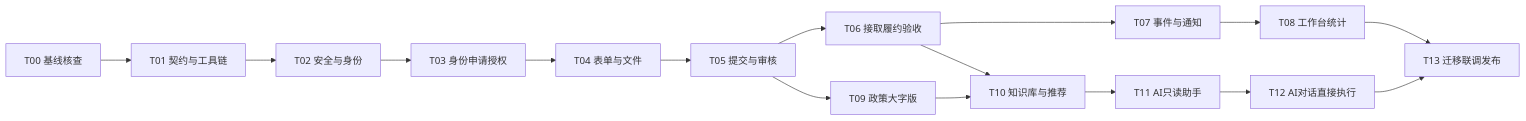
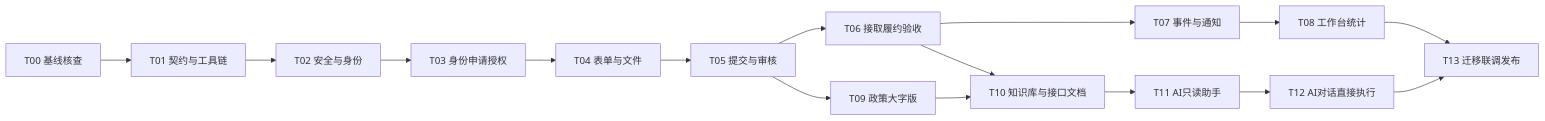
Before and after one commit to seven-zab/----: the diagram in docs/architecture/implementation.md, drawn with Mermaid. The commit also changed other lines of this file and 708 other files, not shown here.

````diff
--- a/docs/architecture/implementation.md
+++ b/docs/architecture/implementation.md
@@ -19,18 +21,18 @@
 ```mermaid
 flowchart LR
   T00[T00 基线核查] --> T01[T01 契约与工具链]
   T01 --> T02[T02 安全与身份]
   T02 --> T03[T03 身份申请授权]
   T03 --> T04[T04 表单与文件]
   T04 --> T05[T05 提交与审核]
   T05 --> T06[T06 接取履约验收]
   T06 --> T07[T07 事件与通知]
   T07 --> T08[T08 工作台统计]
   T05 --> T09[T09 政策大字版]
-  T06 --> T10[T10 知识库与推荐]
+  T06 --> T10[T10 知识库与接口文档]
   T09 --> T10
   T10 --> T11[T11 AI只读助手]
   T11 --> T12[T12 AI对话直接执行]
   T08 --> T13[T13 迁移联调发布]
   T12 --> T13
 ```
````
